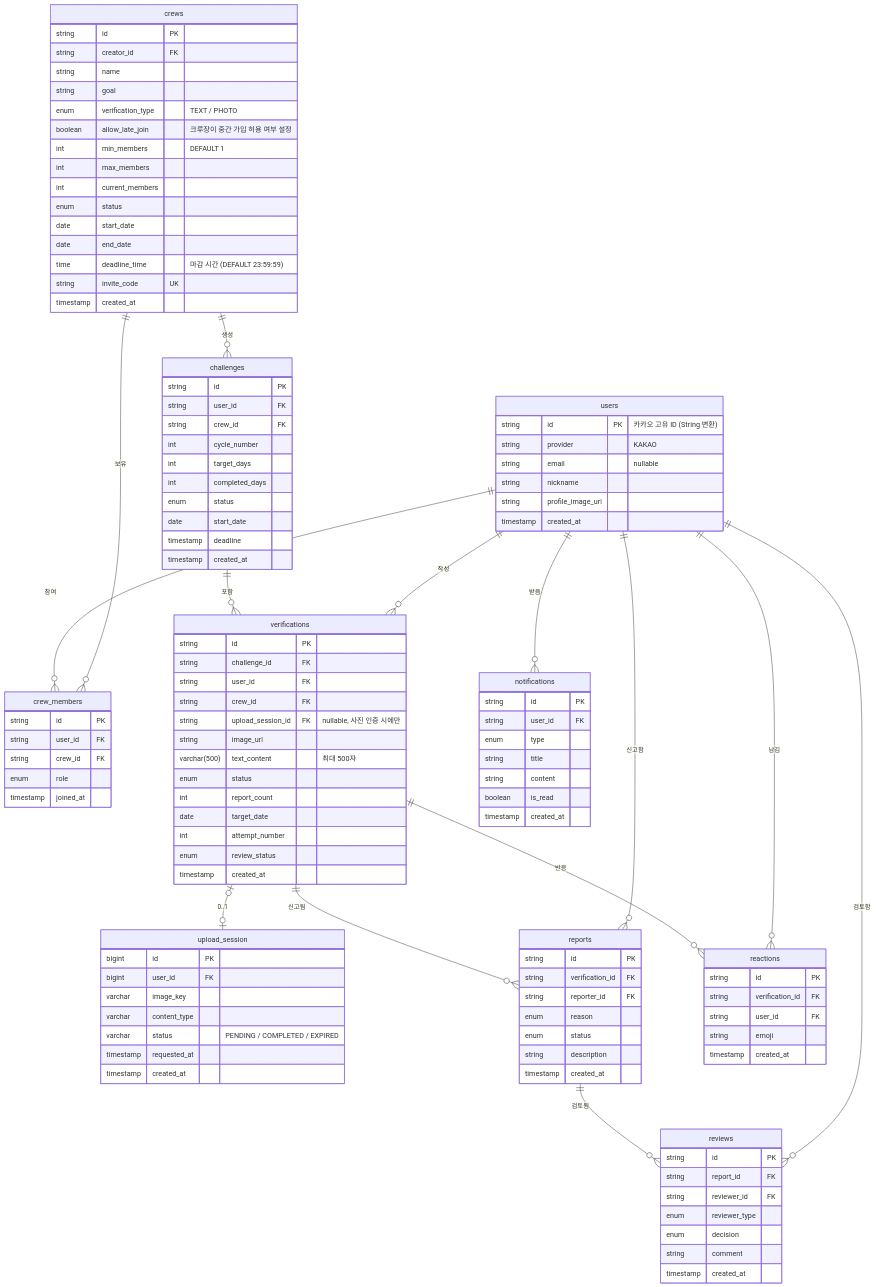
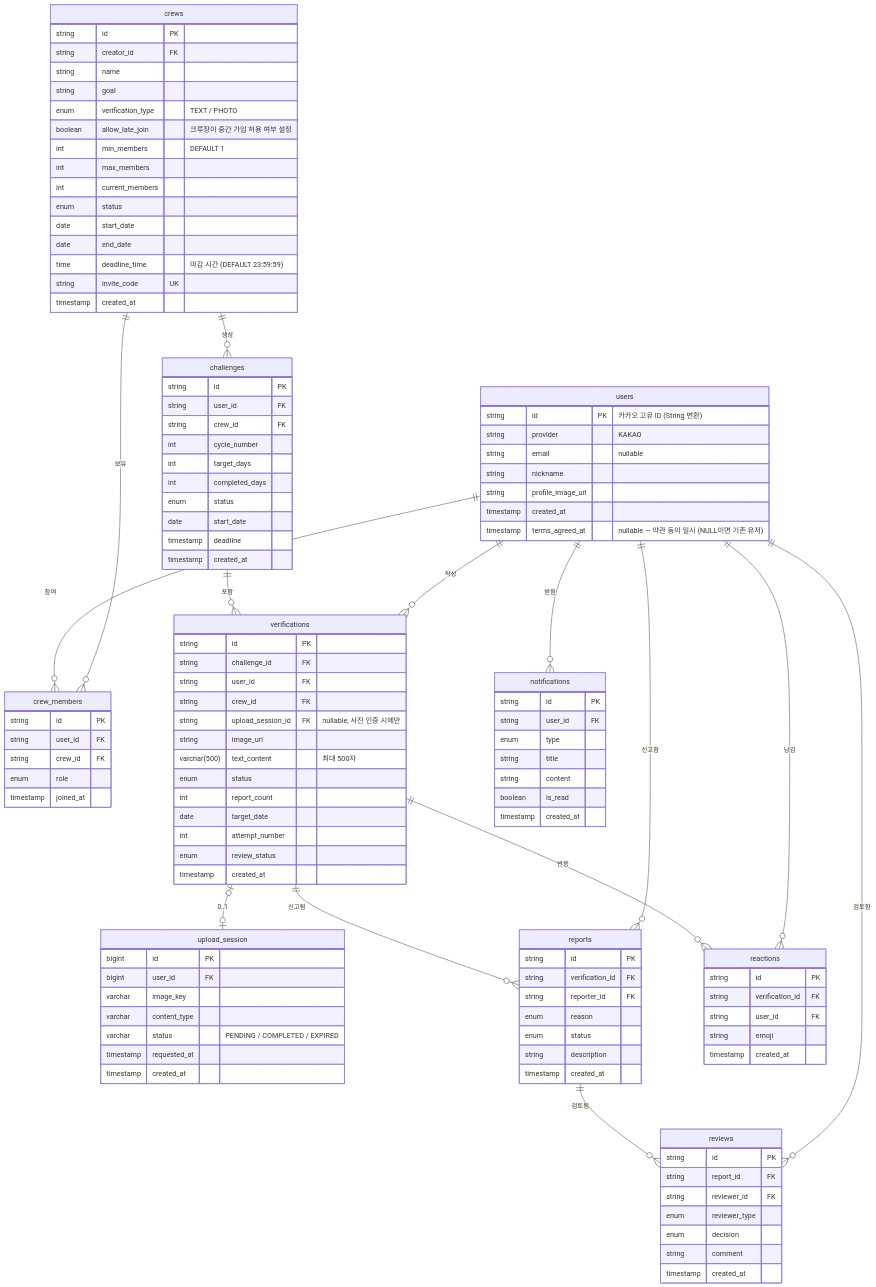
The diagram in docs/schema.md (JianYang98/TriAgain), drawn with Mermaid before and after one commit. The commit also changed 22 other files, not shown here.

```diff
--- a/docs/schema.md
+++ b/docs/schema.md
@@ -32,6 +32,7 @@
         string nickname
         string profile_image_url
         timestamp created_at
+        timestamp terms_agreed_at "nullable — 약관 동의 일시 (NULL이면 기존 유저)"
     }
     
     crews {
```
